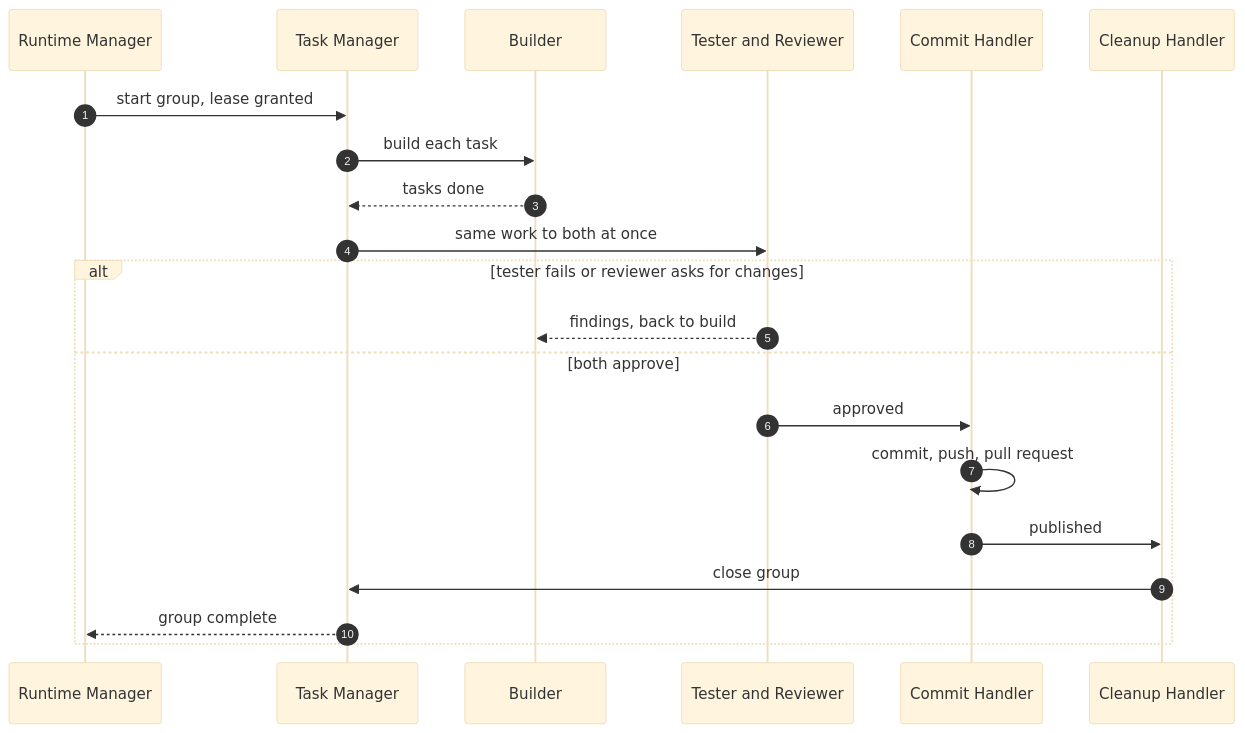
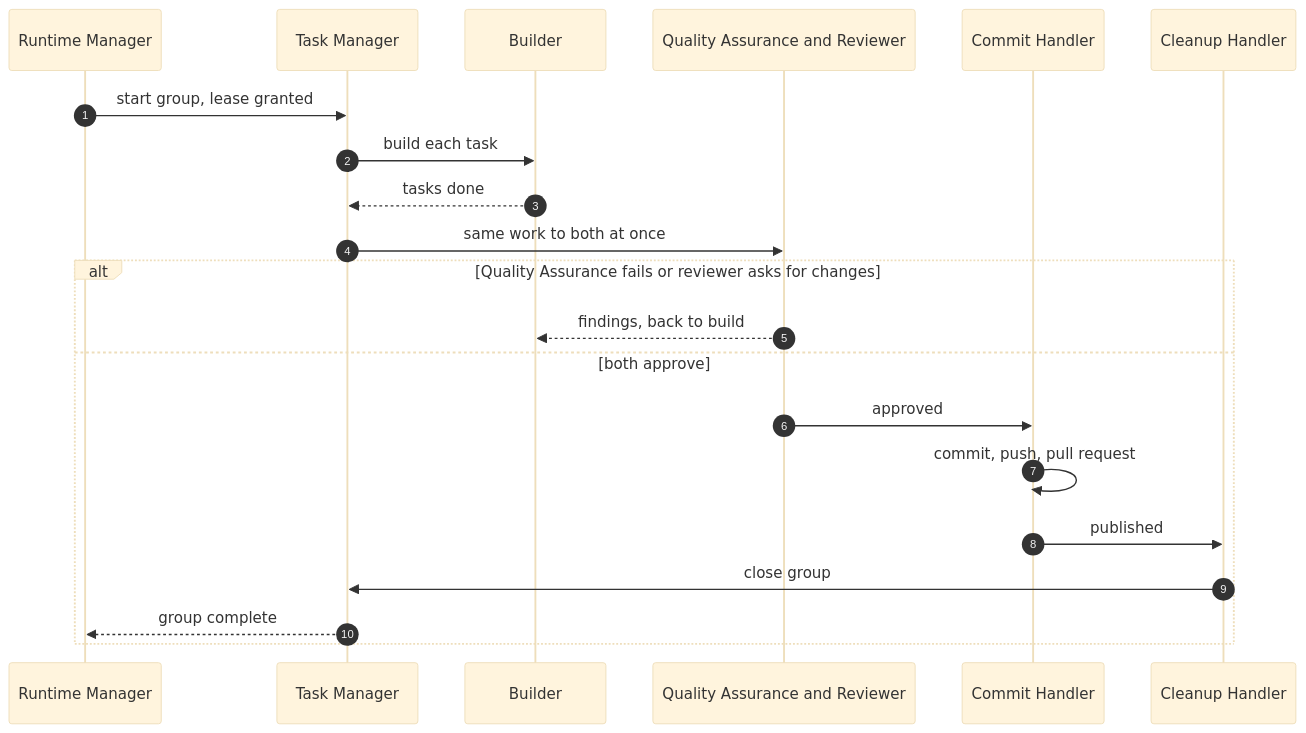
The fifth of 5 diagrams in docs/hld.md (rdevitto86/komodo-agentic-harness-coding), drawn with Mermaid (base theme) before and after one commit. The commit also changed other lines of this file and 1 other file, not shown here.

Commit message:
docs: rename the Tester to Quality Assurance; reopen G-309 as the branch-check interface

````diff
--- a/docs/hld.md
+++ b/docs/hld.md
@@ -258,23 +258,23 @@
 ```mermaid
 sequenceDiagram
   autonumber
   participant R as Runtime Manager
   participant T as Task Manager
   participant B as Builder
-  participant Q as Tester and Reviewer
+  participant Q as Quality Assurance and Reviewer
   participant C as Commit Handler
   participant U as Cleanup Handler
   R->>T: start group, lease granted
   T->>B: build each task
   B-->>T: tasks done
   T->>Q: same work to both at once
-  alt tester fails or reviewer asks for changes
+  alt Quality Assurance fails or reviewer asks for changes
     Q-->>B: findings, back to build
   else both approve
     Q->>C: approved
     C->>C: commit, push, pull request
     C->>U: published
     U->>T: close group
     T-->>R: group complete
   end
 ```
````
